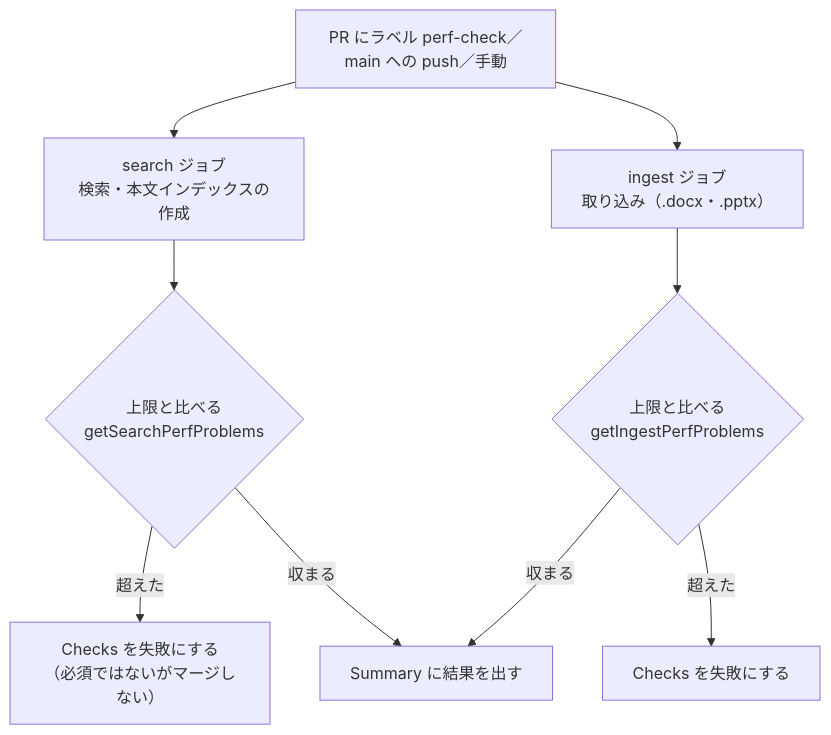
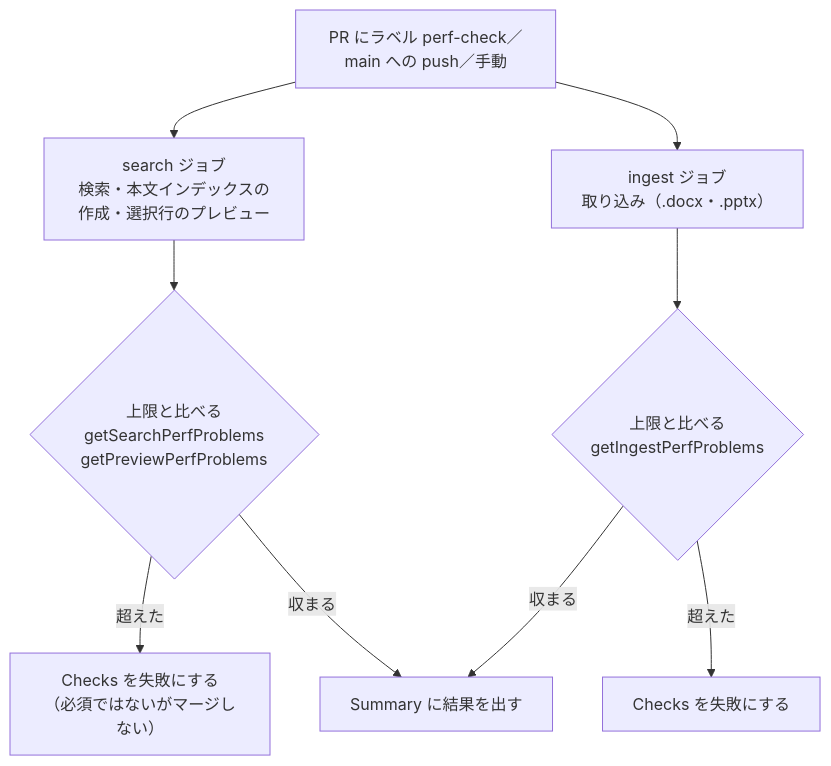
Before and after one commit to hsgwa/tebunko: the diagram in docs/design/testing/perf-check.md, drawn with Mermaid. The commit also changed other lines of this file, not shown here.

````diff
--- a/docs/design/testing/perf-check.md
+++ b/docs/design/testing/perf-check.md
@@ -9,11 +9,11 @@
 ```mermaid
 flowchart TD
-    T["PR にラベル perf-check／main への push／手動"] --> S["search ジョブ<br>検索・本文インデックスの作成"]
+    T["PR にラベル perf-check／main への push／手動"] --> S["search ジョブ<br>検索・本文インデックスの作成・選択行のプレビュー"]
     T --> I["ingest ジョブ<br>取り込み（.docx・.pptx）"]
-    S --> CMP1{"上限と比べる<br>getSearchPerfProblems"}
+    S --> CMP1{"上限と比べる<br>getSearchPerfProblems<br>getPreviewPerfProblems"}
     I --> CMP2{"上限と比べる<br>getIngestPerfProblems"}
     CMP1 -- 超えた --> NG1["Checks を失敗にする<br>（必須ではないがマージしない）"]
     CMP2 -- 超えた --> NG2["Checks を失敗にする"]
     CMP1 -- 収まる --> OK["Summary に結果を出す"]
     CMP2 -- 収まる --> OK
 ```
````
